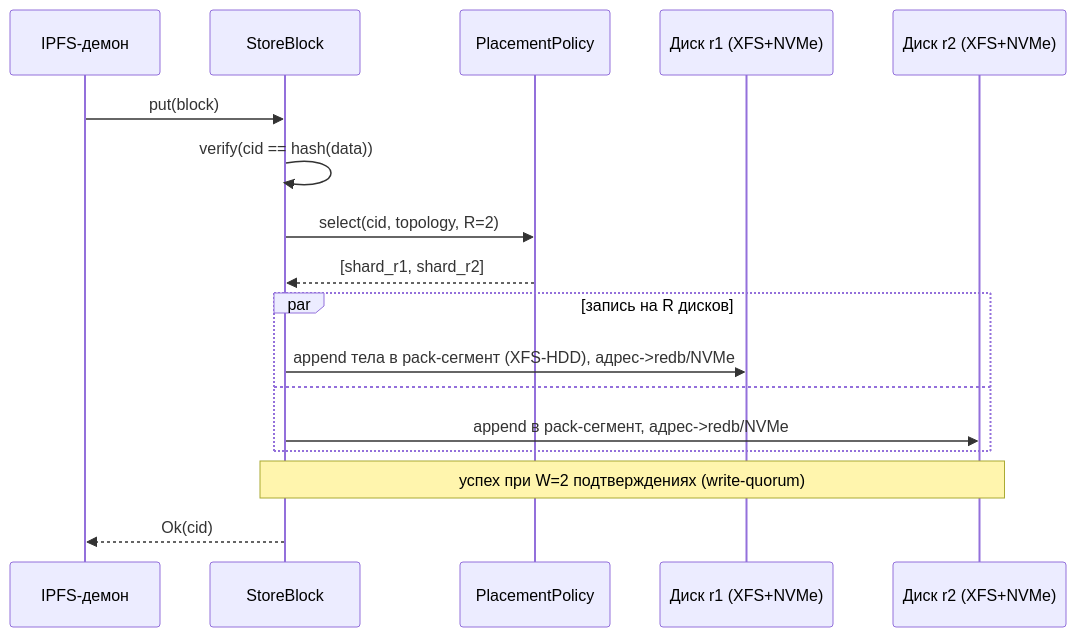
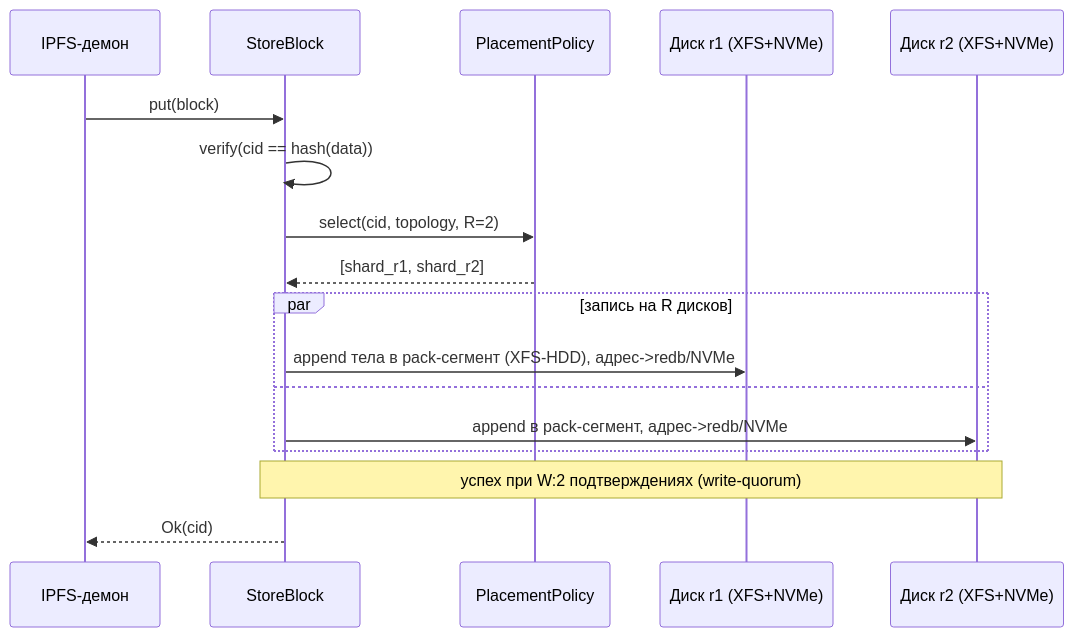
Before and after one commit to yunusovt983-art/ozd: the second of 9 diagrams in Wiki/ARCHITECTURE.md, drawn with Mermaid. The commit also changed other lines of this file, not shown here.

````diff
--- a/Wiki/ARCHITECTURE.md
+++ b/Wiki/ARCHITECTURE.md
@@ -146,19 +146,19 @@
 ```mermaid
 sequenceDiagram
     participant I as IPFS-демон
     participant A as StoreBlock
     participant P as PlacementPolicy
     participant D1 as Диск r1 (XFS+NVMe)
     participant D2 as Диск r2 (XFS+NVMe)
     I->>A: put(block)
     A->>A: verify(cid == hash(data))
     A->>P: select(cid, topology, R=2)
     P-->>A: [shard_r1, shard_r2]
     par запись на R дисков
         A->>D1: append тела в pack-сегмент (XFS-HDD), адрес->redb/NVMe
     and
         A->>D2: append в pack-сегмент, адрес->redb/NVMe
     end
-    Note over A,D2: успех при W=2 подтверждениях (write-quorum)
+    Note over A,D2: успех при W:2 подтверждениях (write-quorum)
     A-->>I: Ok(cid)
 ```
````
